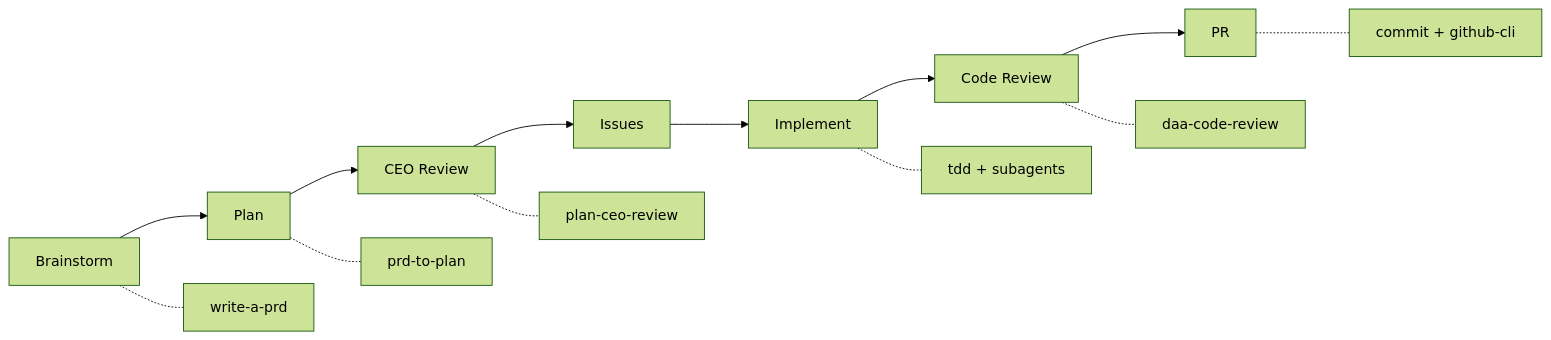
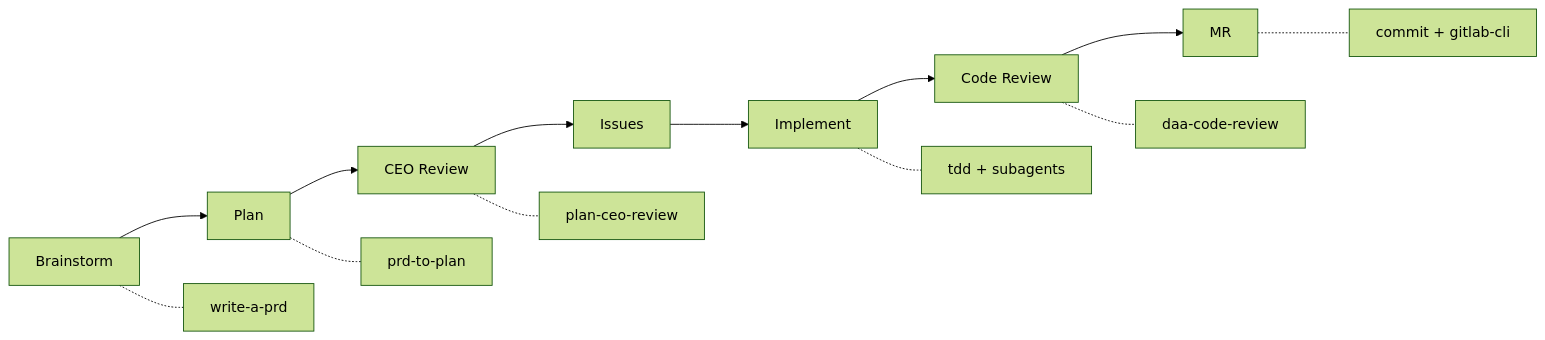
One commit to cdcoonce/claude-workflow changed the third of 3 diagrams in README.md. Above: the diagram before and after it, drawn with Mermaid (forest theme). The commit also changed other lines of this file and 21 other files, not shown here.

First line of the commit message:
refactor: replace remaining github references with gitlab equivalents

````diff
--- a/README.md
+++ b/README.md
@@ -321,16 +321,16 @@
 ```mermaid
 flowchart LR
     B[Brainstorm] --> P[Plan]
     P --> R[CEO Review]
     R --> I[Issues]
     I --> IM[Implement]
     IM --> CR[Code Review]
-    CR --> PR[PR]
+    CR --> MR[MR]
 
     B -.- PRD["write-a-prd"]
     P -.- PTP["prd-to-plan"]
     R -.- CEO["plan-ceo-review"]
     IM -.- TDD["tdd + subagents"]
     CR -.- REV["daa-code-review"]
-    PR -.- GH["commit + github-cli"]
+    MR -.- GL["commit + gitlab-cli"]
 ```
````
